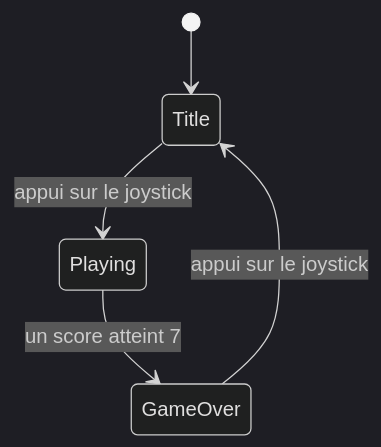
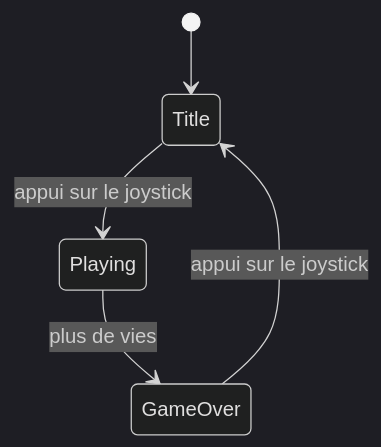
The diagram in _workshops/microcontroleur/tutorials/collisions-fsm-pong.md (Makerspace-Amiens/doc.makerspace-amiens.fr), drawn with Mermaid (dark theme) before and after one commit. The commit also changed other lines of this file and 16 other files, not shown here.

````diff
--- a/_workshops/microcontroleur/tutorials/collisions-fsm-pong.md
+++ b/_workshops/microcontroleur/tutorials/collisions-fsm-pong.md
@@ -337,7 +209,7 @@
 ```mermaid
 stateDiagram-v2
   [*] --> Title
   Title --> Playing : appui sur le joystick
-  Playing --> GameOver : un score atteint 7
+  Playing --> GameOver : plus de vies
   GameOver --> Title : appui sur le joystick
 ```
````
